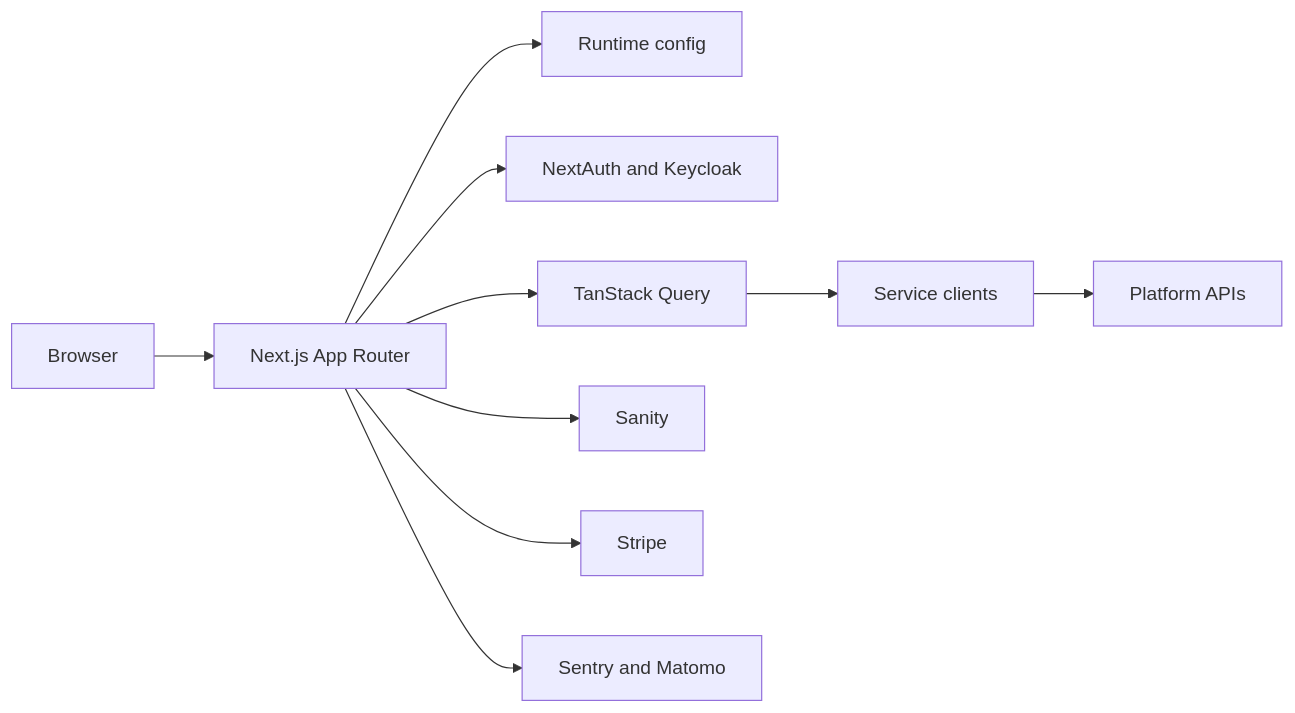
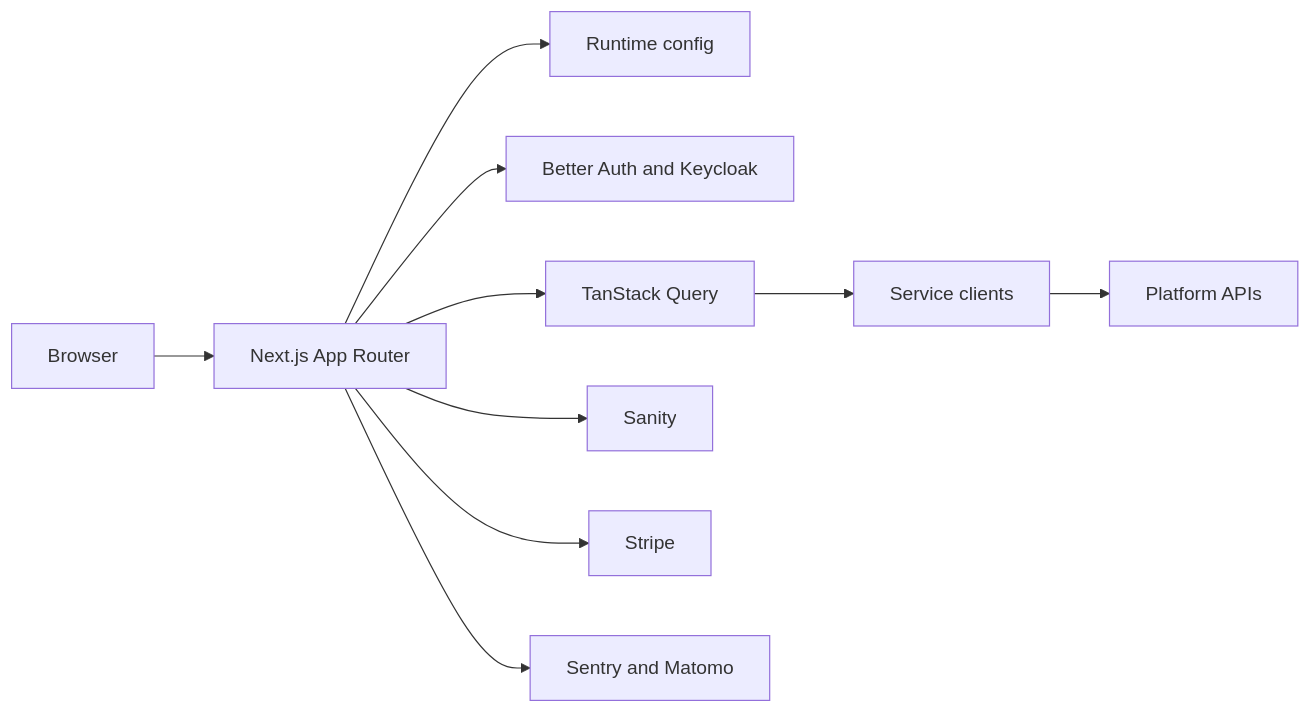
The first of 2 diagrams in README.md (openbraininstitute/core-web-app), drawn with Mermaid before and after one commit. The commit also changed other lines of this file and 10 other files, not shown here.

````diff
--- a/README.md
+++ b/README.md
@@ -92,23 +92,23 @@
 ```mermaid
 flowchart LR
   Browser["Browser"]
   AppRouter["Next.js App Router"]
   RuntimeConfig["Runtime config"]
-  Auth["NextAuth and Keycloak"]
+  Auth["Better Auth and Keycloak"]
   Query["TanStack Query"]
   Services["Service clients"]
   PlatformApis["Platform APIs"]
   Content["Sanity"]
   Payments["Stripe"]
   Observability["Sentry and Matomo"]
 
   Browser --> AppRouter
   AppRouter --> RuntimeConfig
   AppRouter --> Auth
   AppRouter --> Query
   Query --> Services
   Services --> PlatformApis
   AppRouter --> Content
   AppRouter --> Payments
   AppRouter --> Observability
 ```
````
